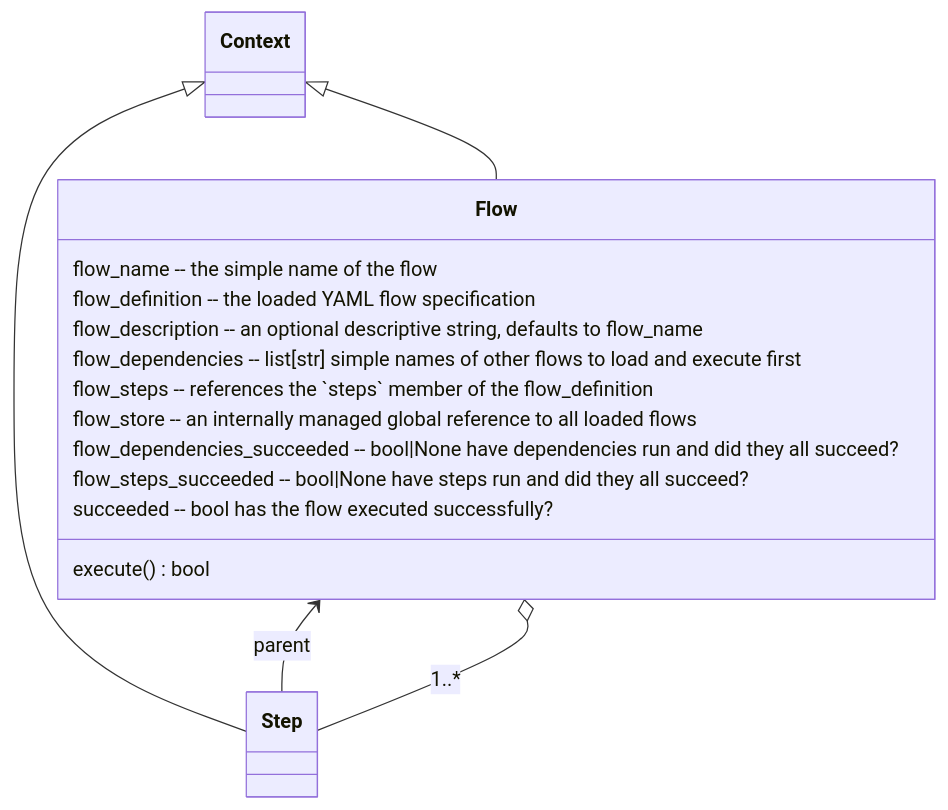
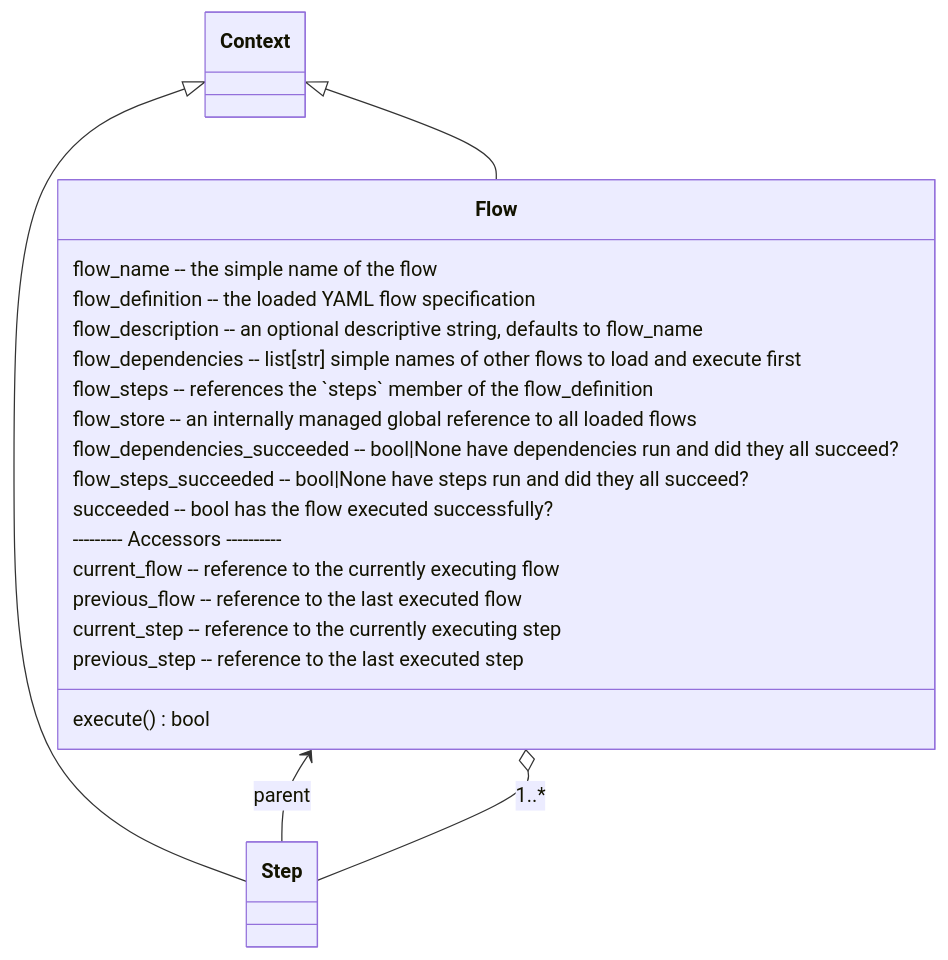
The third of 3 diagrams in README.md (rothomas/api_flow), drawn with Mermaid before and after one commit. The commit also changed 1 other file, not shown here.

Commit message:
fix: Forward [current|previous]_[flow|step] to flow store.

````diff
--- a/README.md
+++ b/README.md
@@ -103,20 +103,25 @@
 ```mermaid
 classDiagram
   class Flow
   Flow : flow_name -- the simple name of the flow
   Flow : flow_definition -- the loaded YAML flow specification
   Flow : flow_description -- an optional descriptive string, defaults to flow_name
   Flow : flow_dependencies -- list[str] simple names of other flows to load and execute first
   Flow : flow_steps -- references the `steps` member of the flow_definition
   Flow : flow_store -- an internally managed global reference to all loaded flows
   Flow : flow_dependencies_succeeded -- bool|None have dependencies run and did they all succeed?
   Flow : flow_steps_succeeded -- bool|None have steps run and did they all succeed?
   Flow : succeeded -- bool has the flow executed successfully?
+  Flow :  --------- Accessors ----------
+  Flow : current_flow -- reference to the currently executing flow
+  Flow : previous_flow -- reference to the last executed flow
+  Flow : current_step -- reference to the currently executing step
+  Flow : previous_step -- reference to the last executed step
   Flow : execute() bool
   class Context
   class Step
   Context <|-- Flow
   Context <|-- Step
   Flow <-- Step : parent
   Flow o-- Step : 1..*
 ```
````
